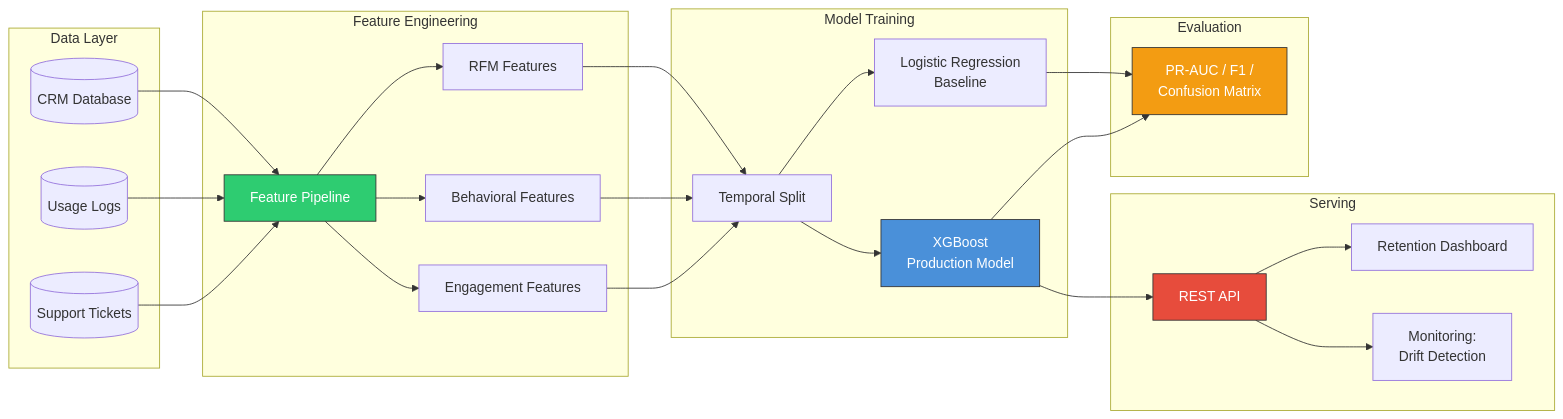
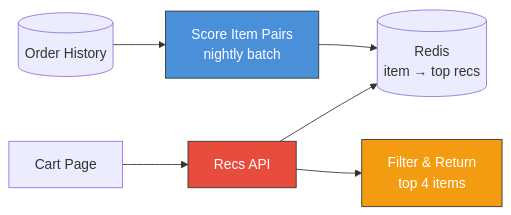
One commit to thearpitanand/interview-prep-guide changed the first of 2 diagrams in 05-ai-ml/crash-course/02-implementation-stories.md. Above: the diagram before and after it, drawn with Mermaid. The commit also changed other lines of this file, not shown here.

````diff
--- a/05-ai-ml/crash-course/02-implementation-stories.md
+++ b/05-ai-ml/crash-course/02-implementation-stories.md
@@ -21,41 +30,12 @@
 ```mermaid
 graph LR
-    subgraph Data Layer
-        CRM[(CRM Database)]
-        USAGE[(Usage Logs)]
-        SUPPORT[(Support Tickets)]
-    end
+    ORDERS[(Order History)] --> SCORE[Score Item Pairs\nnightly batch]
+    SCORE --> CACHE[(Redis\nitem → top recs)]
+    CART[Cart Page] --> API[Recs API]
+    API --> CACHE
+    API --> FILTER[Filter & Return\ntop 4 items]
 
-    subgraph Feature Engineering
-        CRM --> FE[Feature Pipeline]
-        USAGE --> FE
-        SUPPORT --> FE
-        FE --> RFM[RFM Features]
-        FE --> BEHAV[Behavioral Features]
-        FE --> ENGAGE[Engagement Features]
-    end
-
-    subgraph Model Training
-        RFM --> SPLIT[Temporal Split]
-        BEHAV --> SPLIT
-        ENGAGE --> SPLIT
-        SPLIT --> LR[Logistic Regression<br/>Baseline]
-        SPLIT --> XGB[XGBoost<br/>Production Model]
-    end
-
-    subgraph Evaluation
-        LR --> EVAL[PR-AUC / F1 /<br/>Confusion Matrix]
-        XGB --> EVAL
-    end
-
-    subgraph Serving
-        XGB --> API[REST API]
-        API --> DASH[Retention Dashboard]
-        API --> MON[Monitoring:<br/>Drift Detection]
-    end
-
-    style FE fill:#2ecc71,stroke:#333,color:#fff
-    style XGB fill:#4a90d9,stroke:#333,color:#fff
-    style EVAL fill:#f39c12,stroke:#333,color:#fff
+    style SCORE fill:#4a90d9,stroke:#333,color:#fff
     style API fill:#e74c3c,stroke:#333,color:#fff
+    style FILTER fill:#f39c12,stroke:#333,color:#fff
 ```
````
